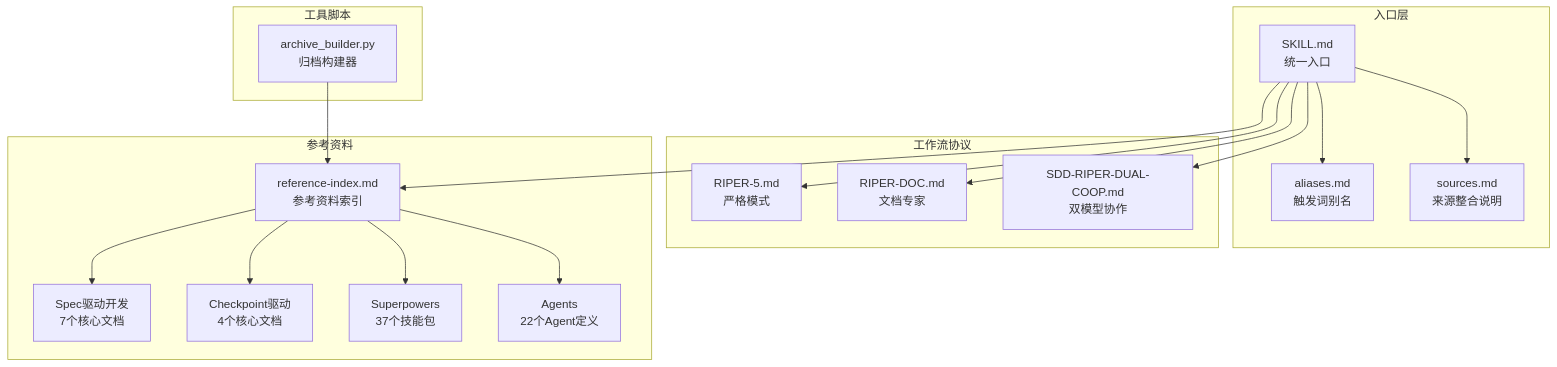
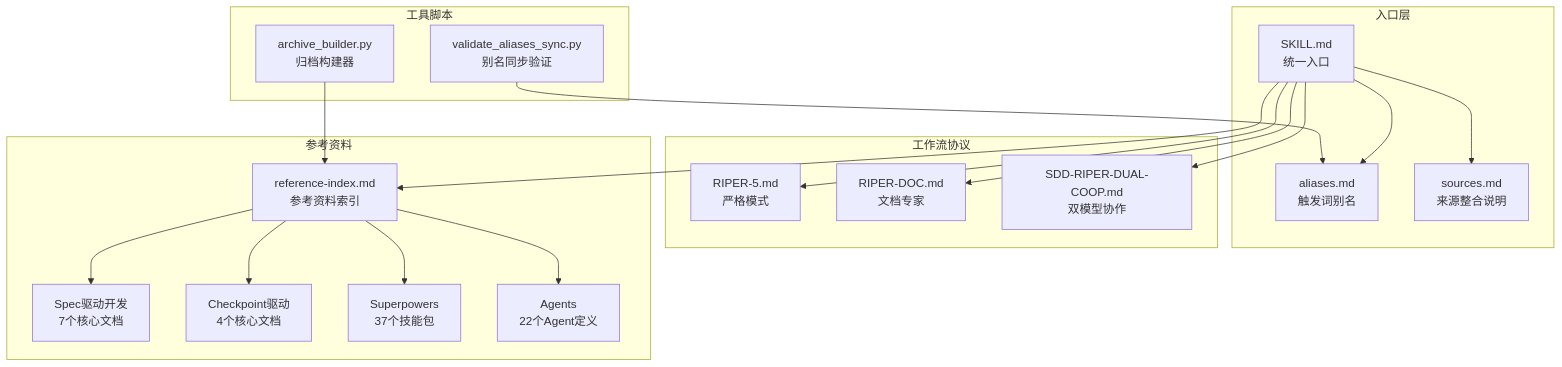
The first of 6 diagrams in .qoder/repowiki/zh/content/Altas Workflow Core/入口来源整合.md (AngelWings1997/altas), drawn with Mermaid before and after one commit. The commit also changed other lines of this file and 7 other files, not shown here.

````diff
--- a/.qoder/repowiki/zh/content/Altas Workflow Core/入口来源整合.md
+++ b/.qoder/repowiki/zh/content/Altas Workflow Core/入口来源整合.md
@@ -48,34 +50,36 @@
 ```mermaid
 graph TB
 subgraph "入口层"
 SKILL[SKILL.md<br/>统一入口]
 ALIASES[aliases.md<br/>触发词别名]
 SOURCES[sources.md<br/>来源整合说明]
 end
 subgraph "工作流协议"
 RIPER5[RIPER-5.md<br/>严格模式]
 RIPERDOC[RIPER-DOC.md<br/>文档专家]
 DUALCOOP[SDD-RIPER-DUAL-COOP.md<br/>双模型协作]
 end
 subgraph "参考资料"
 REFIDX[reference-index.md<br/>参考资料索引]
 SPECDRIVEN[Spec驱动开发<br/>7个核心文档]
 CHECKPOINTDRIVEN[Checkpoint驱动<br/>4个核心文档]
 SUPERPOWERS[Superpowers<br/>37个技能包]
 AGENTS[Agents<br/>22个Agent定义]
 end
 subgraph "工具脚本"
 ARCHIVE[archive_builder.py<br/>归档构建器]
+VALIDATE[validate_aliases_sync.py<br/>别名同步验证]
 end
 SKILL --> REFIDX
 SKILL --> ALIASES
 SKILL --> SOURCES
 SKILL --> RIPER5
 SKILL --> RIPERDOC
 SKILL --> DUALCOOP
 REFIDX --> SPECDRIVEN
 REFIDX --> CHECKPOINTDRIVEN
 REFIDX --> SUPERPOWERS
 REFIDX --> AGENTS
 ARCHIVE --> REFIDX
+VALIDATE --> ALIASES
 ```
````
